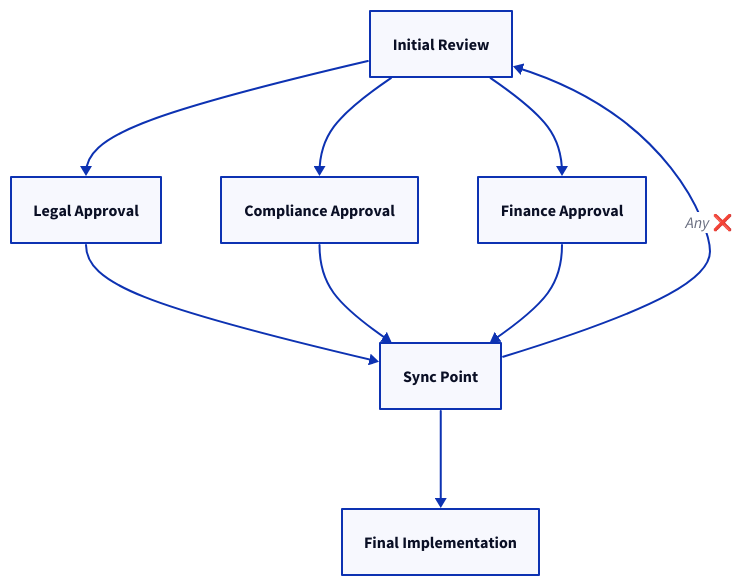
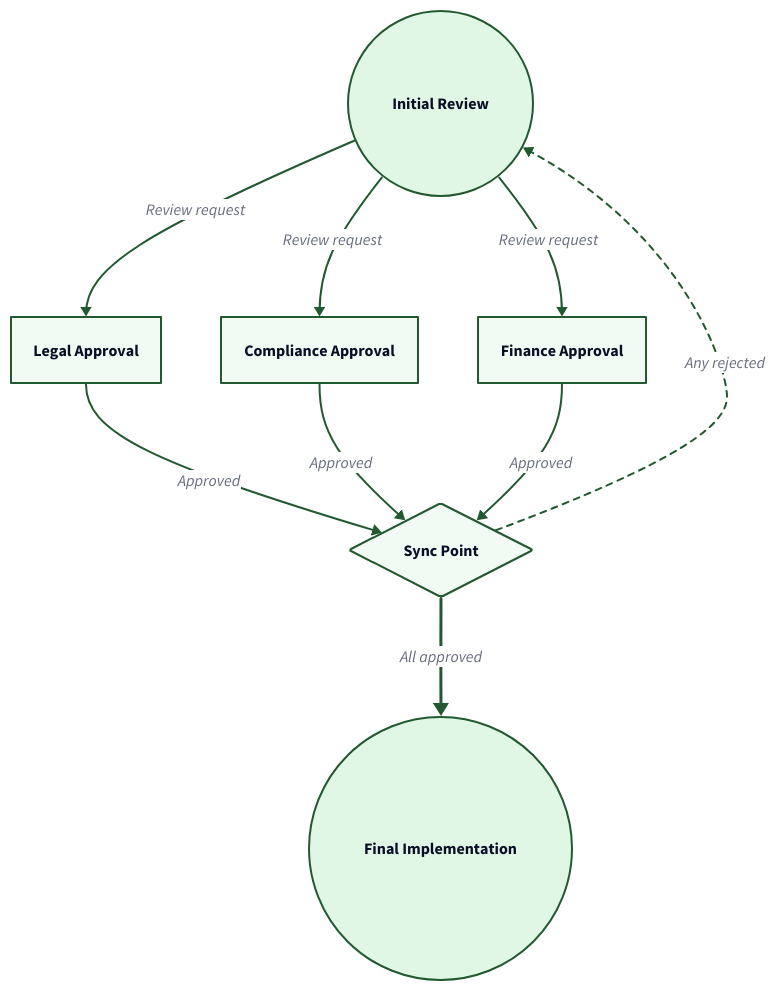
One commit to tallyfy/documentation changed the second of 3 diagrams in src/content/docs/pro/documenting/templates/automations/examples/multi-level-approval-loops.mdx. Above: the diagram before and after it, drawn with D2. The commit also changed other lines of this file and 605 other files, not shown here.

````diff
--- a/src/content/docs/pro/documenting/templates/automations/examples/multi-level-approval-loops.mdx
+++ b/src/content/docs/pro/documenting/templates/automations/examples/multi-level-approval-loops.mdx
@@ -113,16 +172,80 @@
 ```d2
-Initial: "Initial Review"
-Legal: "Legal Approval"
-Compliance: "Compliance Approval"
-Finance: "Finance Approval"
-Sync: "Sync Point"
-Final: "Final Implementation"
-Initial -> Legal
-Initial -> Compliance
-Initial -> Finance
-Legal -> Sync
-Compliance -> Sync
-Finance -> Sync
-Sync -> Final
-Sync -> Initial: "Any ❌"
+# Parallel Approval Workflow
+direction: down
+
+# Start
+Initial: Initial Review {
+  shape: circle
+  style.fill: "#e1f7e6"
+  style.stroke: "#225930"
+}
+
+# Parallel Approval Steps
+Legal: Legal Approval {
+  shape: rectangle
+  style.fill: "#f2faf4"
+  style.stroke: "#225930"
+}
+
+Compliance: Compliance Approval {
+  shape: rectangle
+  style.fill: "#f2faf4"
+  style.stroke: "#225930"
+}
+
+Finance: Finance Approval {
+  shape: rectangle
+  style.fill: "#f2faf4"
+  style.stroke: "#225930"
+}
+
+# Synchronization
+Sync: Sync Point {
+  shape: diamond
+  style.fill: "#f2faf4"
+  style.stroke: "#225930"
+}
+
+# End
+Final: Final Implementation {
+  shape: circle
+  style.fill: "#e1f7e6"
+  style.stroke: "#225930"
+  style.stroke-width: 2
+}
+
+# Parallel triggers
+Initial -> Legal: Review request {
+  style.stroke: "#225930"
+}
+Initial -> Compliance: Review request {
+  style.stroke: "#225930"
+}
+Initial -> Finance: Review request {
+  style.stroke: "#225930"
+}
+
+# All approvals converge
+Legal -> Sync: Approved {
+  style.stroke: "#225930"
+  style.stroke-width: 2
+}
+Compliance -> Sync: Approved {
+  style.stroke: "#225930"
+  style.stroke-width: 2
+}
+Finance -> Sync: Approved {
+  style.stroke: "#225930"
+  style.stroke-width: 2
+}
+
+# Continue or restart
+Sync -> Final: All approved {
+  style.stroke: "#225930"
+  style.stroke-width: 3
+}
+Sync -> Initial: Any rejected {
+  style.stroke: "#225930"
+  style.stroke-dash: 3
+}
 ```
````
